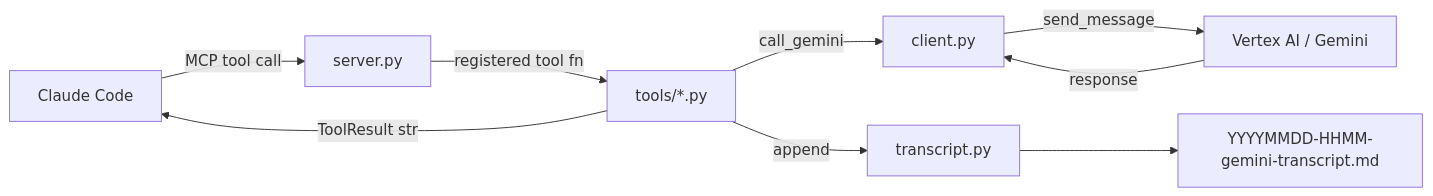
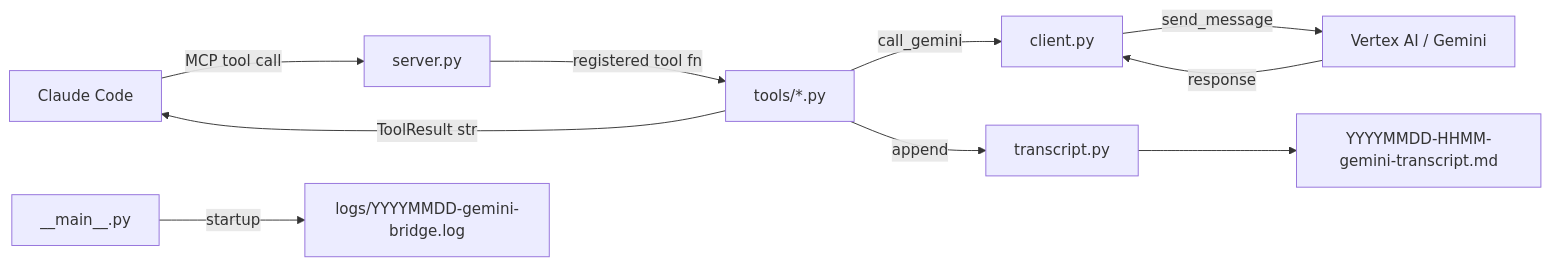
One commit to PCS-LAB-ORG/gemini-bridge changed the diagram in README.md. Above: the diagram before and after it, drawn with Mermaid. The commit also changed other lines of this file and 4 other files, not shown here.

First line of the commit message:
chore: full docs update — v1.x completion, logging, auth, roadmap status

````diff
--- a/README.md
+++ b/README.md
@@ -115,11 +176,12 @@
 ```mermaid
 flowchart LR
     CC[Claude Code] -->|MCP tool call| S[server.py]
     S -->|registered tool fn| T[tools/*.py]
     T -->|call_gemini| C[client.py]
     C -->|send_message| V[Vertex AI / Gemini]
     V -->|response| C
     T -->|append| TX[transcript.py]
     TX --> F[YYYYMMDD-HHMM-gemini-transcript.md]
     T -->|ToolResult str| CC
+    M[__main__.py] -->|startup| L[logs/YYYYMMDD-gemini-bridge.log]
 ```
````
